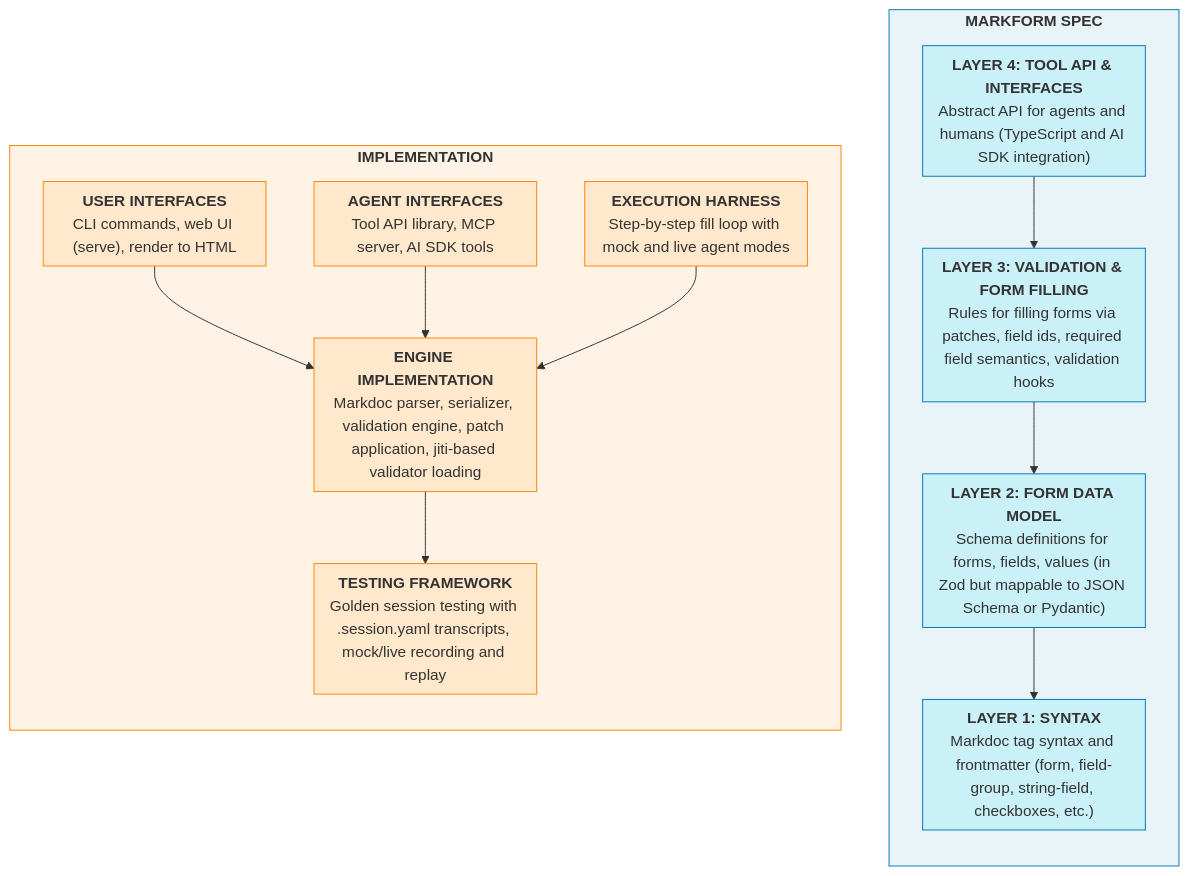
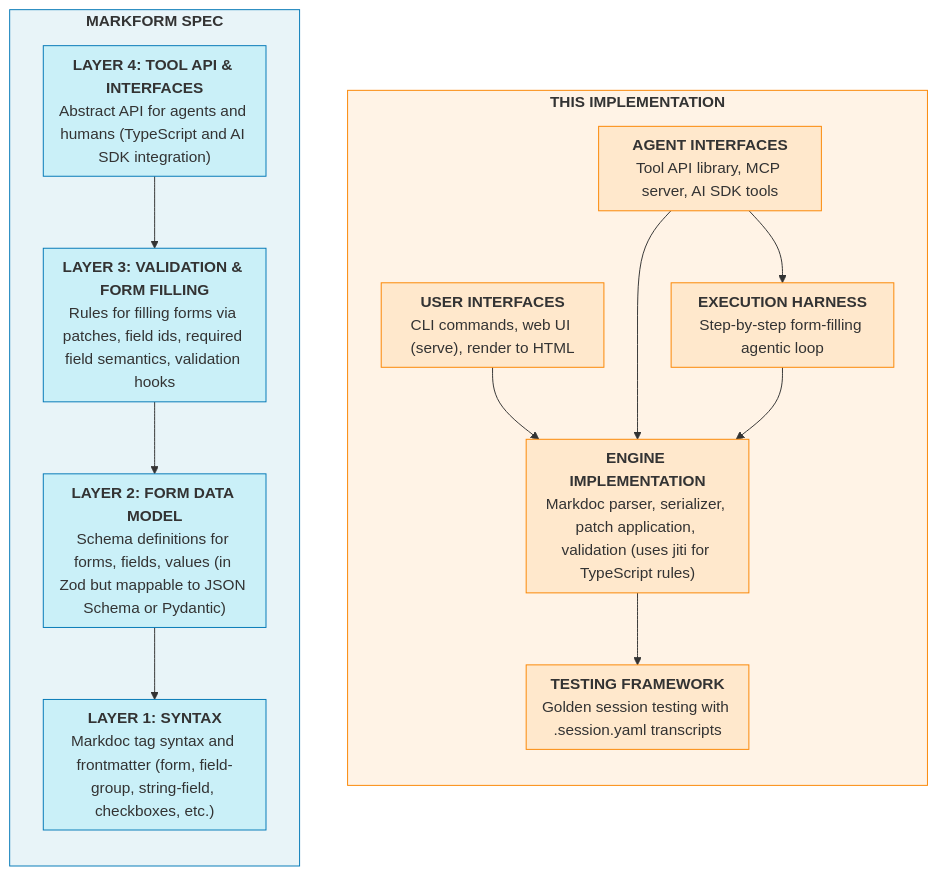
The diagram in README.md (jlevy/markform), drawn with Mermaid before and after one commit. The commit also changed other lines of this file and 1 other file, not shown here.

First line of the commit message:
docs: add fence escaping research, fix README diagram layout

````diff
--- a/README.md
+++ b/README.md
@@ -131,56 +39,59 @@
 ```mermaid
-flowchart TB
+flowchart LR
     subgraph SPEC["<b>MARKFORM SPEC</b>"]
         direction TB
 
         subgraph L1["<b>LAYER 1: SYNTAX</b><br/>Markdoc tag syntax and frontmatter (form, field-group, string-field, checkboxes, etc.)"]
         end
 
         subgraph L2["<b>LAYER 2: FORM DATA MODEL</b><br/>Schema definitions for forms, fields, values (in Zod but mappable to JSON Schema or Pydantic)"]
         end
 
         subgraph L3["<b>LAYER 3: VALIDATION & FORM FILLING</b><br/>Rules for filling forms via patches, field ids, required field semantics, validation hooks"]
         end
 
         subgraph L4["<b>LAYER 4: TOOL API & INTERFACES</b><br/>Abstract API for agents and humans (TypeScript and AI SDK integration)"]
         end
 
         L4 --> L3 --> L2 --> L1
     end
 
-    subgraph IMPL["<b>IMPLEMENTATION</b>"]
+    subgraph IMPL["<b>THIS IMPLEMENTATION</b>"]
         direction TB
 
-        subgraph ENGINE["<b>ENGINE IMPLEMENTATION</b><br/>Markdoc parser, serializer, validation engine, patch application, jiti-based validator loading"]
+        subgraph ENGINE["<b>ENGINE IMPLEMENTATION</b><br/>Markdoc parser, serializer, patch application, validation (uses jiti for TypeScript rules)"]
         end
 
         subgraph UI["<b>USER INTERFACES</b><br/>CLI commands, web UI (serve), render to HTML"]
         end
 
         subgraph AGENT["<b>AGENT INTERFACES</b><br/>Tool API library, MCP server, AI SDK tools"]
         end
 
-        subgraph HARNESS["<b>EXECUTION HARNESS</b><br/>Step-by-step fill loop with mock and live agent modes"]
+        subgraph HARNESS["<b>EXECUTION HARNESS</b><br/>Step-by-step form-filling agentic loop"]
         end
 
-        subgraph TEST["<b>TESTING FRAMEWORK</b><br/>Golden session testing with .session.yaml transcripts, mock/live recording and replay"]
+        subgraph TEST["<b>TESTING FRAMEWORK</b><br/>Golden session testing with .session.yaml transcripts"]
         end
 
         UI --> ENGINE
+        AGENT --> HARNESS
         AGENT --> ENGINE
         HARNESS --> ENGINE
         ENGINE --> TEST
     end
 
+    SPEC ~~~ IMPL
+
     style SPEC fill:#e8f4f8,stroke:#0077b6
-    style IMPL fill:#fff3e6,stroke:#fb8500
     style L1 fill:#caf0f8,stroke:#0077b6
     style L2 fill:#caf0f8,stroke:#0077b6
     style L3 fill:#caf0f8,stroke:#0077b6
     style L4 fill:#caf0f8,stroke:#0077b6
+    style IMPL fill:#fff3e6,stroke:#fb8500
     style ENGINE fill:#ffe8cc,stroke:#fb8500
     style UI fill:#ffe8cc,stroke:#fb8500
     style AGENT fill:#ffe8cc,stroke:#fb8500
     style HARNESS fill:#ffe8cc,stroke:#fb8500
     style TEST fill:#ffe8cc,stroke:#fb8500
 ```
````
